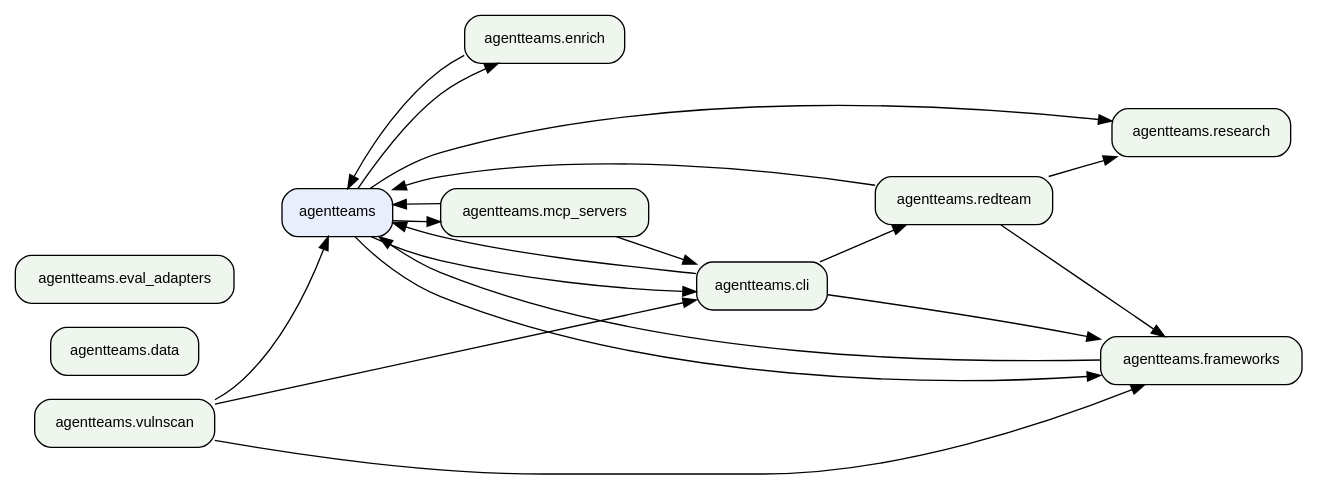
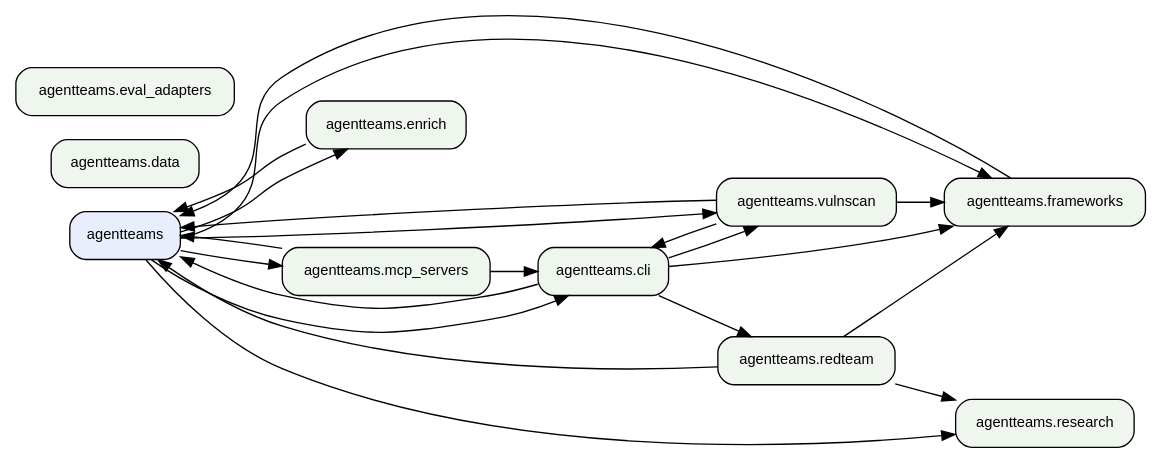
One commit to jlcatonjr/agentteams changed the second of 2 diagrams in references/architecture-graph.md. Above: the diagram before and after it, drawn with Graphviz. The commit also changed other lines of this file and 57 other files, not shown here.

First line of the commit message:
vulnscan: automatic integration into every agentteams project

````diff
--- a/references/architecture-graph.md
+++ b/references/architecture-graph.md
@@ -411,35 +418,37 @@
 ```dot
 digraph "agentteams architecture" {
     rankdir=LR;
     node [fontname="Helvetica", fontsize=11, shape=box, style="rounded,filled", fillcolor="#eef6ee"];
     edge [fontsize=9];
     "agentteams" [fillcolor="#e8eefb"];
     "agentteams.cli" [fillcolor="#eef6ee"];
     "agentteams.data" [fillcolor="#eef6ee"];
     "agentteams.enrich" [fillcolor="#eef6ee"];
     "agentteams.eval_adapters" [fillcolor="#eef6ee"];
     "agentteams.frameworks" [fillcolor="#eef6ee"];
     "agentteams.mcp_servers" [fillcolor="#eef6ee"];
     "agentteams.redteam" [fillcolor="#eef6ee"];
     "agentteams.research" [fillcolor="#eef6ee"];
     "agentteams.vulnscan" [fillcolor="#eef6ee"];
     "agentteams" -> "agentteams.cli";
     "agentteams" -> "agentteams.enrich";
     "agentteams" -> "agentteams.frameworks";
     "agentteams" -> "agentteams.mcp_servers";
     "agentteams" -> "agentteams.research";
+    "agentteams" -> "agentteams.vulnscan";
     "agentteams.cli" -> "agentteams";
     "agentteams.cli" -> "agentteams.frameworks";
     "agentteams.cli" -> "agentteams.redteam";
+    "agentteams.cli" -> "agentteams.vulnscan";
     "agentteams.enrich" -> "agentteams";
     "agentteams.frameworks" -> "agentteams";
     "agentteams.mcp_servers" -> "agentteams";
     "agentteams.mcp_servers" -> "agentteams.cli";
     "agentteams.redteam" -> "agentteams";
     "agentteams.redteam" -> "agentteams.frameworks";
     "agentteams.redteam" -> "agentteams.research";
     "agentteams.vulnscan" -> "agentteams";
     "agentteams.vulnscan" -> "agentteams.cli";
     "agentteams.vulnscan" -> "agentteams.frameworks";
 }
 ```
````
